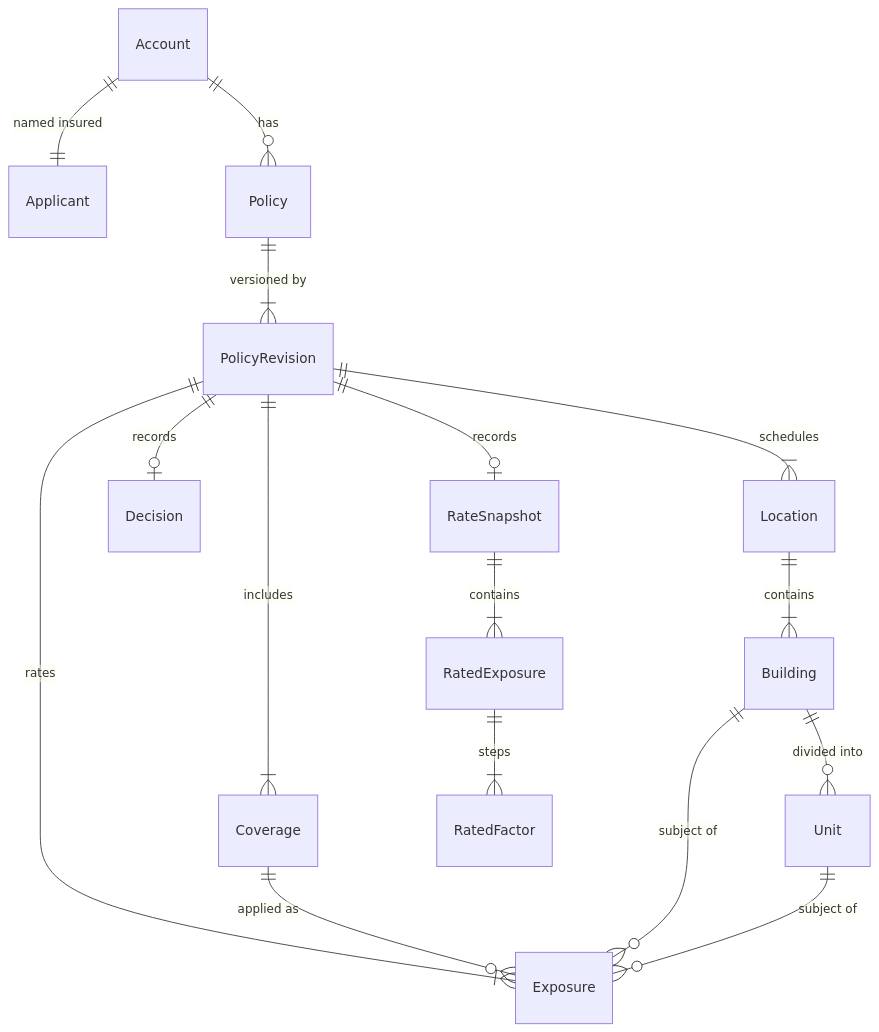
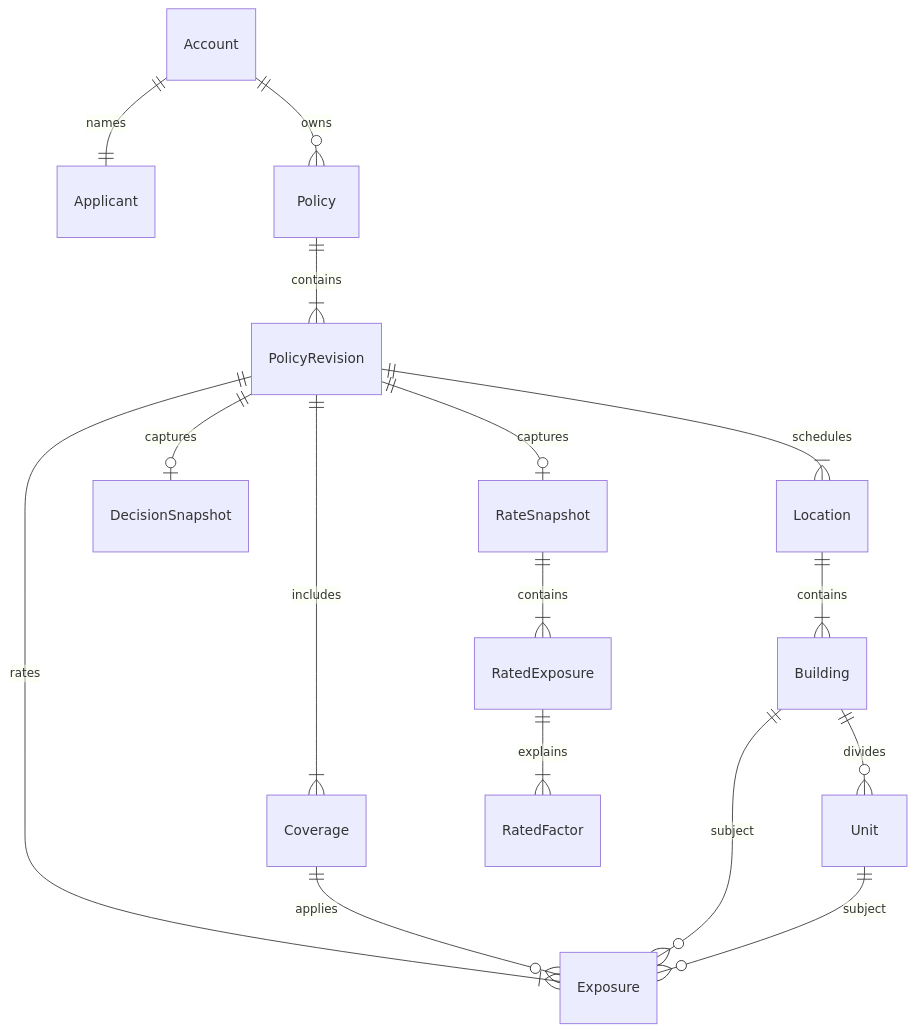
Before and after one commit to fitterhappier28/Insurance-platform: the first of 2 diagrams in specs/product/data-model.md, drawn with Mermaid. The commit also changed other lines of this file and 58 other files, not shown here.

Commit message:
simplified the flow, reviewed -> updated docs, specs

````diff
--- a/specs/product/data-model.md
+++ b/specs/product/data-model.md
@@ -17,18 +18,18 @@
 ```mermaid
 erDiagram
-  Account ||--|| Applicant : "named insured"
-  Account ||--o{ Policy : has
-  Policy ||--|{ PolicyRevision : "versioned by"
+  Account ||--|| Applicant : names
+  Account ||--o{ Policy : owns
+  Policy ||--|{ PolicyRevision : contains
   PolicyRevision ||--|{ Coverage : includes
   PolicyRevision ||--|{ Location : schedules
   Location ||--|{ Building : contains
-  Building ||--o{ Unit : "divided into"
+  Building ||--o{ Unit : divides
   PolicyRevision ||--|{ Exposure : rates
-  Coverage ||--o{ Exposure : "applied as"
-  Building ||--o{ Exposure : "subject of"
-  Unit ||--o{ Exposure : "subject of"
-  PolicyRevision ||--o| Decision : records
-  PolicyRevision ||--o| RateSnapshot : records
+  Coverage ||--o{ Exposure : applies
+  Building ||--o{ Exposure : subject
+  Unit ||--o{ Exposure : subject
+  PolicyRevision ||--o| DecisionSnapshot : captures
+  PolicyRevision ||--o| RateSnapshot : captures
   RateSnapshot ||--|{ RatedExposure : contains
-  RatedExposure ||--|{ RatedFactor : "steps"
+  RatedExposure ||--|{ RatedFactor : explains
 ```
````
